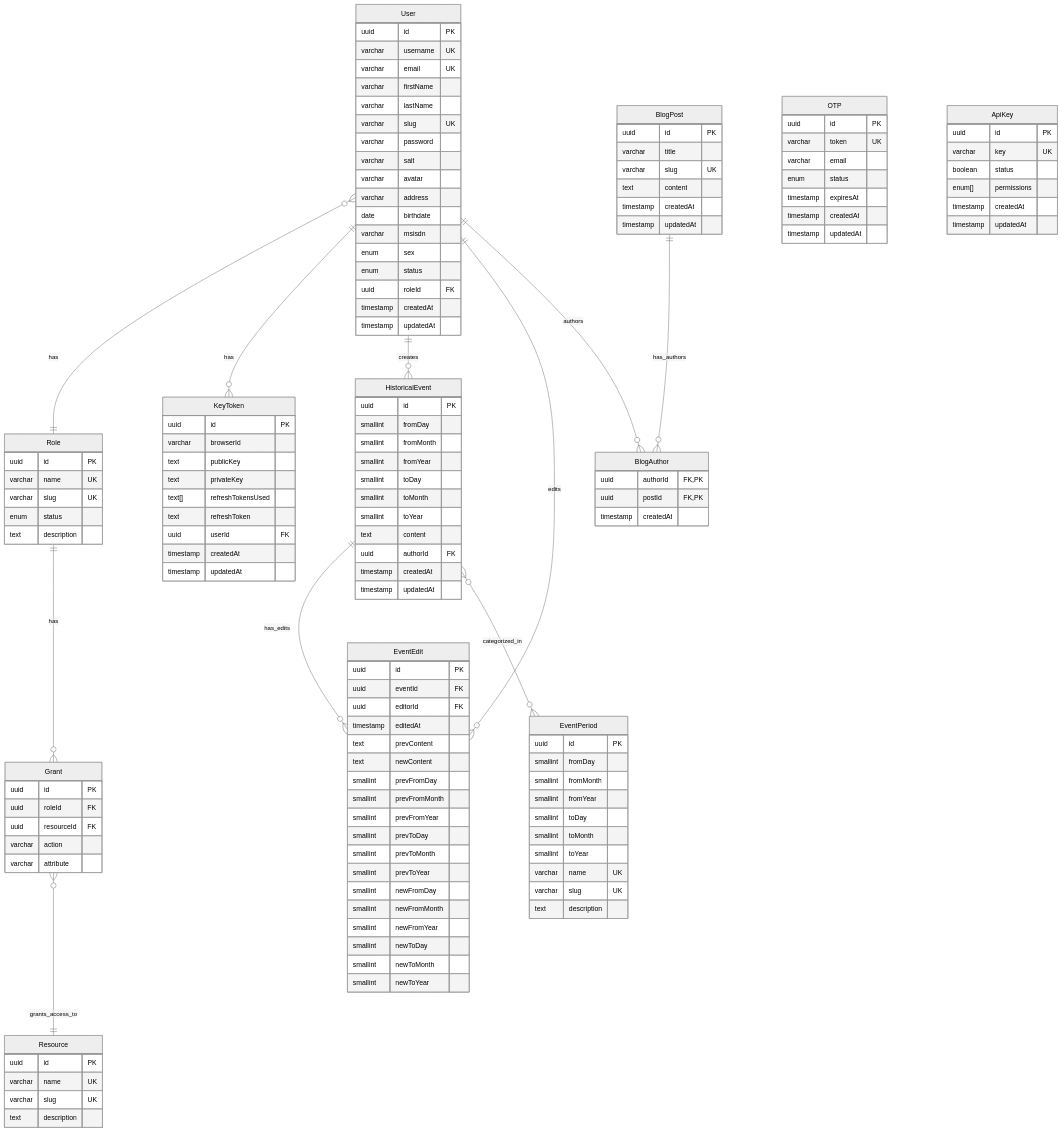
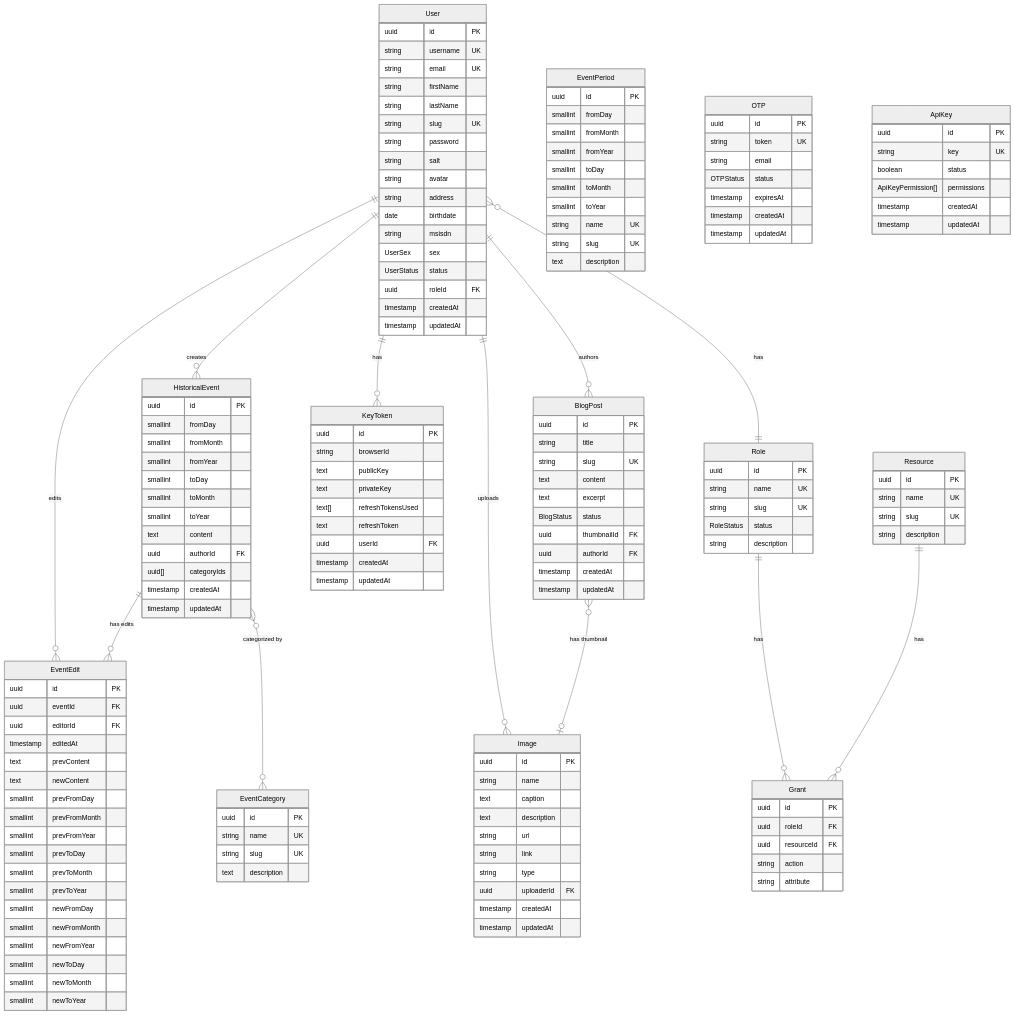
The diagram in apps/server/README.md (PhanhotboY/vietnam-history-timeline), drawn with Mermaid (neutral theme) before and after one commit. The commit also changed 82 other files, not shown here.

Commit message:
feat: done historical event CRUD

````diff
--- a/apps/server/README.md
+++ b/apps/server/README.md
@@ -13,35 +13,35 @@
 ```mermaid
 erDiagram
-    User }o--|| Role : "has"
-    User ||--o{ KeyToken : "has"
     User ||--o{ HistoricalEvent : "creates"
     User ||--o{ EventEdit : "edits"
-    User ||--o{ BlogAuthor : "authors"
+    User ||--o{ BlogPost : "authors"
+    User ||--o{ Image : "uploads"
+    User ||--o{ KeyToken : "has"
+    User }o--|| Role : "has"
 
     Role ||--o{ Grant : "has"
+    Resource ||--o{ Grant : "has"
 
-    Grant }o--|| Resource : "grants_access_to"
+    HistoricalEvent ||--o{ EventEdit : "has edits"
+    HistoricalEvent }o--o{ EventCategory : "categorized by"
 
-    HistoricalEvent ||--o{ EventEdit : "has_edits"
-    HistoricalEvent }o--o{ EventPeriod : "categorized_in"
-
-    BlogPost ||--o{ BlogAuthor : "has_authors"
+    BlogPost }o--o| Image : "has thumbnail"
 
     User {
         uuid id PK
-        varchar username UK
-        varchar email UK
-        varchar firstName
-        varchar lastName
-        varchar slug UK
-        varchar password
-        varchar salt
-        varchar avatar
-        varchar address
+        string username UK
+        string email UK
+        string firstName
+        string lastName
+        string slug UK
+        string password
+        string salt
+        string avatar
+        string address
         date birthdate
-        varchar msisdn
-        enum sex
-        enum status
+        string msisdn
+        UserSex sex
+        UserStatus status
         uuid roleId FK
         timestamp createdAt
         timestamp updatedAt
@@ -49,56 +49,25 @@
 
     Role {
         uuid id PK
-        varchar name UK
-        varchar slug UK
-        enum status
-        text description
+        string name UK
+        string slug UK
+        RoleStatus status
+        string description
     }
 
     Resource {
         uuid id PK
-        varchar name UK
-        varchar slug UK
-        text description
+        string name UK
+        string slug UK
+        string description
     }
 
     Grant {
         uuid id PK
         uuid roleId FK
         uuid resourceId FK
-        varchar action
-        varchar attribute
-    }
-
-    KeyToken {
-        uuid id PK
-        varchar browserId
-        text publicKey
-        text privateKey
-        text[] refreshTokensUsed
-        text refreshToken
-        uuid userId FK
-        timestamp createdAt
-        timestamp updatedAt
-    }
-
-    OTP {
-        uuid id PK
-        varchar token UK
-        varchar email
-        enum status
-        timestamp expiresAt
-        timestamp createdAt
-        timestamp updatedAt
-    }
-
-    ApiKey {
-        uuid id PK
-        varchar key UK
-        boolean status
-        enum[] permissions
-        timestamp createdAt
-        timestamp updatedAt
+        string action
+        string attribute
     }
 
     HistoricalEvent {
@@ -111,8 +80,16 @@
         smallint toYear
         text content
         uuid authorId FK
+        uuid[] categoryIds
         timestamp createdAt
         timestamp updatedAt
+    }
+
+    EventCategory {
+        uuid id PK
+        string name UK
+        string slug UK
+        text description
     }
 
     EventEdit {
@@ -144,23 +121,65 @@
         smallint toDay
         smallint toMonth
         smallint toYear
-        varchar name UK
-        varchar slug UK
+        string name UK
+        string slug UK
         text description
+    }
+
+    OTP {
+        uuid id PK
+        string token UK
+        string email
+        OTPStatus status
+        timestamp expiresAt
+        timestamp createdAt
+        timestamp updatedAt
+    }
+
+    ApiKey {
+        uuid id PK
+        string key UK
+        boolean status
+        ApiKeyPermission[] permissions
+        timestamp createdAt
+        timestamp updatedAt
+    }
+
+    KeyToken {
+        uuid id PK
+        string browserId
+        text publicKey
+        text privateKey
+        text[] refreshTokensUsed
+        text refreshToken
+        uuid userId FK
+        timestamp createdAt
+        timestamp updatedAt
+    }
+
+    Image {
+        uuid id PK
+        string name
+        text caption
+        text description
+        string url
+        string link
+        string type
+        uuid uploaderId FK
+        timestamp createdAt
+        timestamp updatedAt
     }
 
     BlogPost {
         uuid id PK
-        varchar title
-        varchar slug UK
+        string title
+        string slug UK
         text content
+        text excerpt
+        BlogStatus status
+        uuid thumbnailId FK
+        uuid authorId FK
         timestamp createdAt
         timestamp updatedAt
     }
-
-    BlogAuthor {
-        uuid authorId FK,PK
-        uuid postId FK,PK
-        timestamp createdAt
-    }
 ```
````
